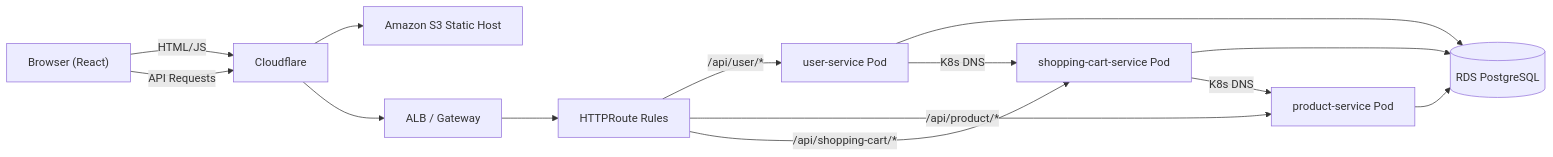
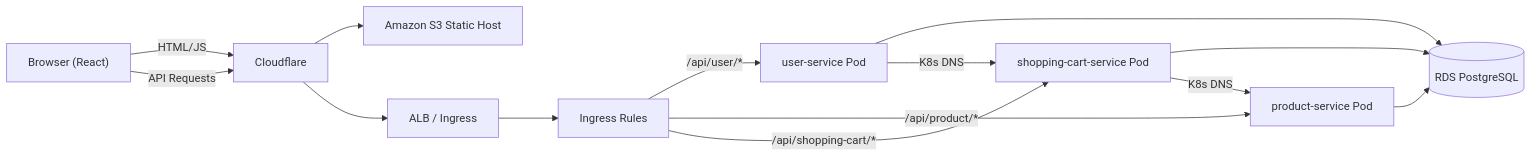
Before and after one commit to CollinsD61/ecom-shop: the diagram in SYSTEM.md, drawn with Mermaid. The commit also changed other lines of this file and 2 other files, not shown here.

Commit message:
Update docs: replace Gateway API with ALB Ingress Controller everywhere

````diff
--- a/SYSTEM.md
+++ b/SYSTEM.md
@@ -59,16 +59,16 @@
 ```mermaid
 flowchart LR
     Browser["Browser (React)"] -->|HTML/JS| CF[Cloudflare]
     CF --> S3[Amazon S3 Static Host]
     Browser -->|API Requests| CF
-    CF --> G[ALB / Gateway]
-    G --> H[HTTPRoute Rules]
+    CF --> G[ALB / Ingress]
+    G --> H[Ingress Rules]
     H -->|"/api/user/*"| US[user-service Pod]
     H -->|"/api/product/*"| PS[product-service Pod]
     H -->|"/api/shopping-cart/*"| CS[shopping-cart-service Pod]
     US --> DB[(RDS PostgreSQL)]
     PS --> DB
     CS --> DB
     CS -->|K8s DNS| PS
     US -->|K8s DNS| CS
 ```
````
